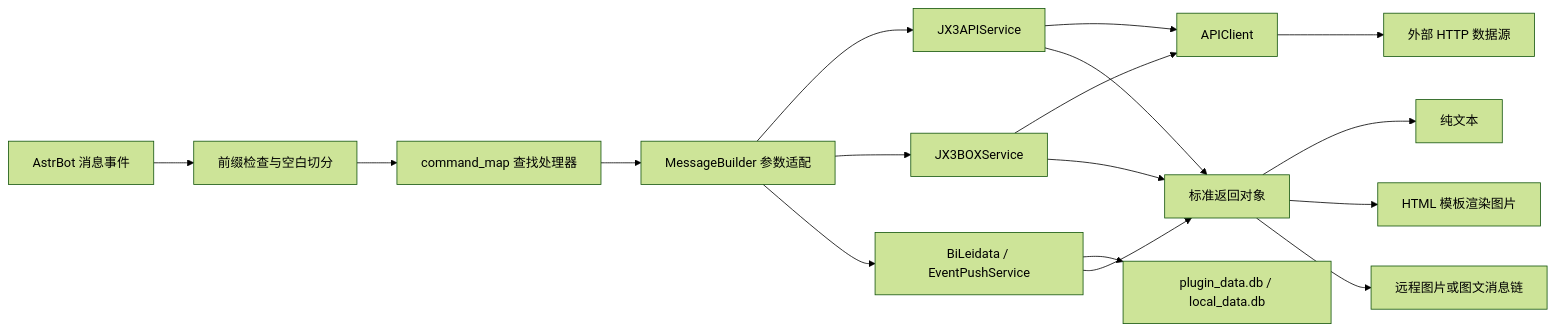
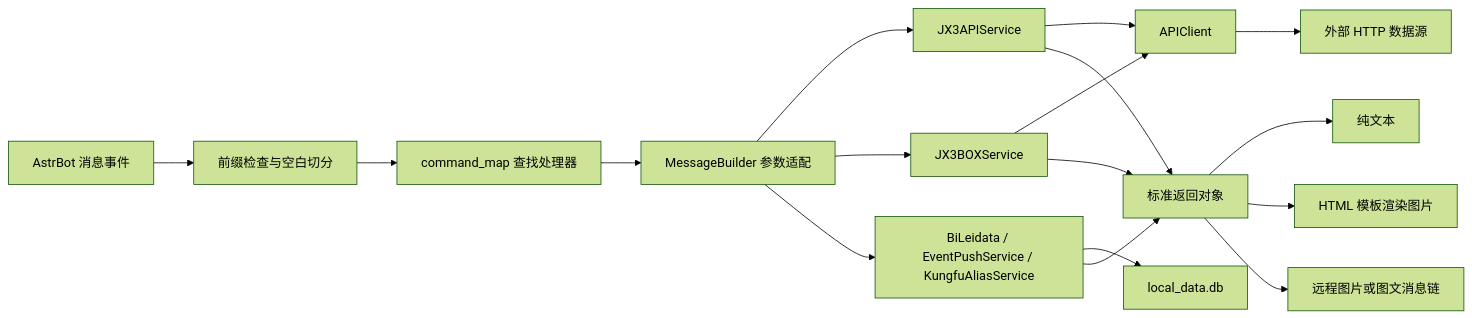
Before and after one commit to link0518/astrbot_plugin_jx3: the diagram in README.md, drawn with Mermaid (forest theme). The commit also changed other lines of this file and 20 other files, not shown here.

````diff
--- a/README.md
+++ b/README.md
@@ -297,19 +311,19 @@
 ```mermaid
 flowchart LR
     A["AstrBot 消息事件"] --> B["前缀检查与空白切分"]
     B --> C["command_map 查找处理器"]
     C --> D["MessageBuilder 参数适配"]
     D --> E1["JX3APIService"]
     D --> E2["JX3BOXService"]
-    D --> E3["BiLeidata / EventPushService"]
+    D --> E3["BiLeidata / EventPushService / KungfuAliasService"]
     E1 --> F["APIClient"]
     E2 --> F
     F --> G["外部 HTTP 数据源"]
-    E3 --> H["plugin_data.db / local_data.db"]
+    E3 --> H["local_data.db"]
     E1 --> I["标准返回对象"]
     E2 --> I
     E3 --> I
     I --> J1["纯文本"]
     I --> J2["HTML 模板渲染图片"]
     I --> J3["远程图片或图文消息链"]
 ```
````
